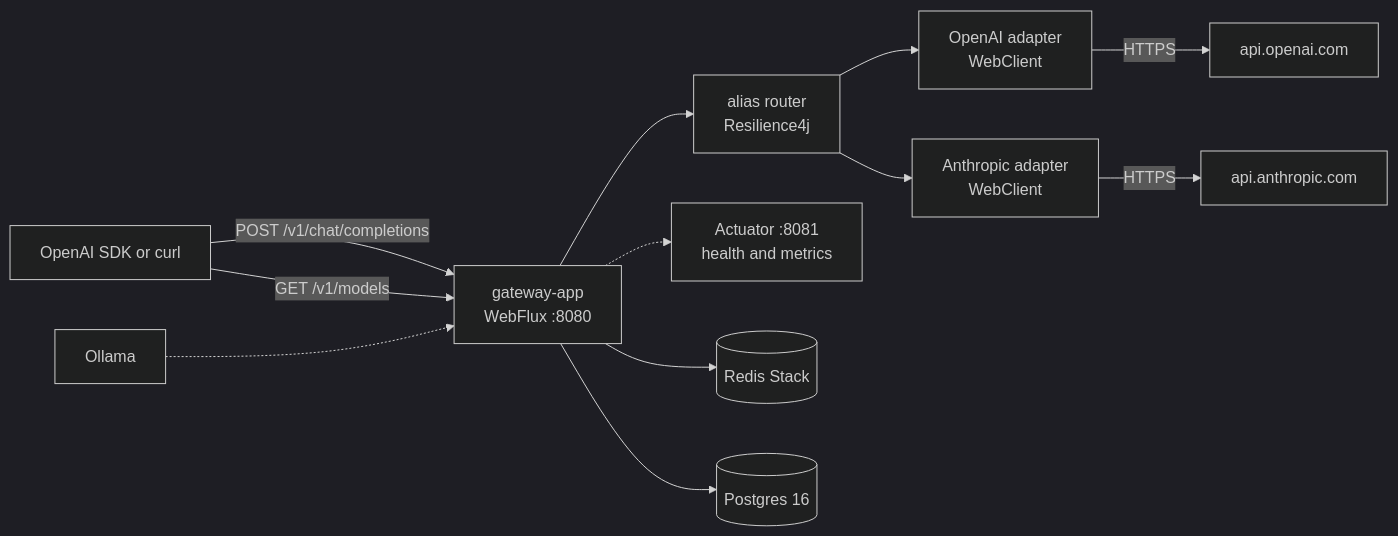
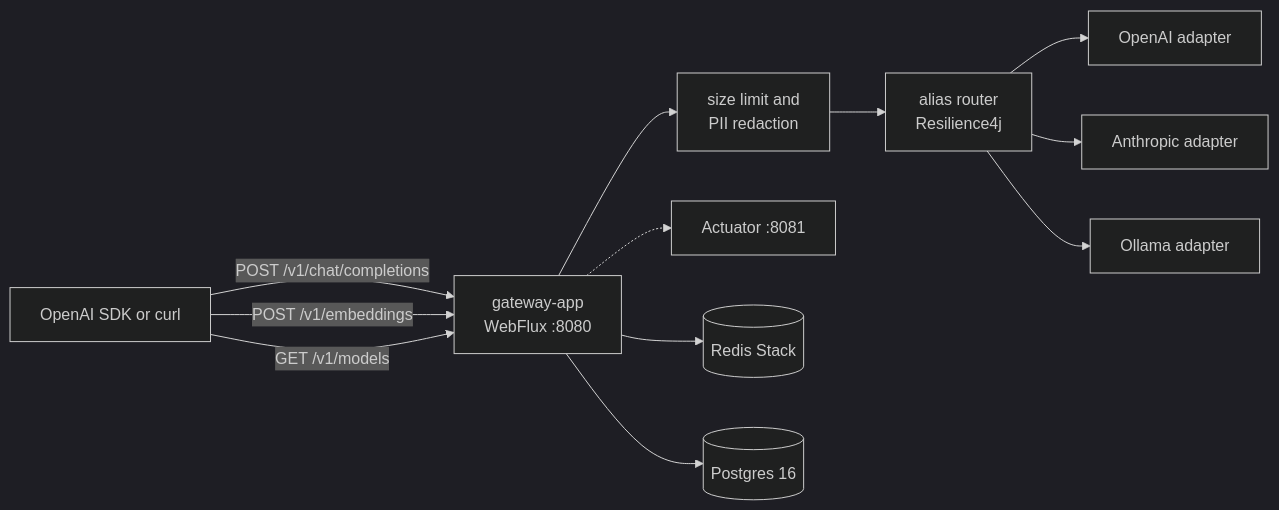
Before and after one commit to guptagautam768/jvm-llm-gateway: the diagram in README.md, drawn with Mermaid (dark theme). The commit also changed other lines of this file and 66 other files, not shown here.

First line of the commit message:
feat: add embeddings and an Ollama adapter

````diff
--- a/README.md
+++ b/README.md
@@ -137,26 +13,25 @@
 ```mermaid
 flowchart LR
   client["OpenAI SDK or curl"]
   app["gateway-app\nWebFlux :8080"]
+  guard["size limit and\nPII redaction"]
   route["alias router\nResilience4j"]
-  openai["OpenAI adapter\nWebClient"]
-  anthropic["Anthropic adapter\nWebClient"]
-  openaiApi["api.openai.com"]
-  anthropicApi["api.anthropic.com"]
-  actuator["Actuator :8081\nhealth and metrics"]
+  openai["OpenAI adapter"]
+  anthropic["Anthropic adapter"]
+  ollama["Ollama adapter"]
+  actuator["Actuator :8081"]
   redis[("Redis Stack")]
   postgres[("Postgres 16")]
-  ollama["Ollama"]
 
   client -->|POST /v1/chat/completions| app
+  client -->|POST /v1/embeddings| app
   client -->|GET /v1/models| app
-  app --> route
+  app --> guard
+  guard --> route
   route --> openai
   route --> anthropic
-  openai -->|HTTPS| openaiApi
-  anthropic -->|HTTPS| anthropicApi
+  route --> ollama
   app --> redis
   app --> postgres
   app -.-> actuator
-  ollama -.-> app
 ```
````
